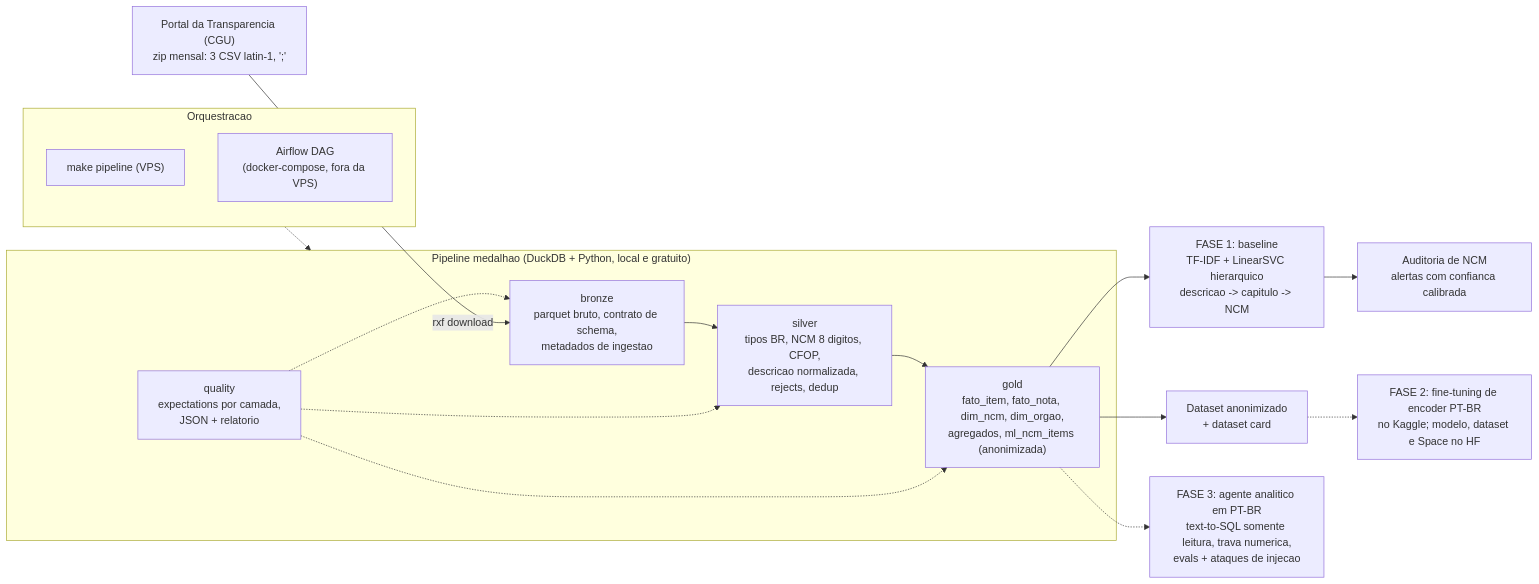
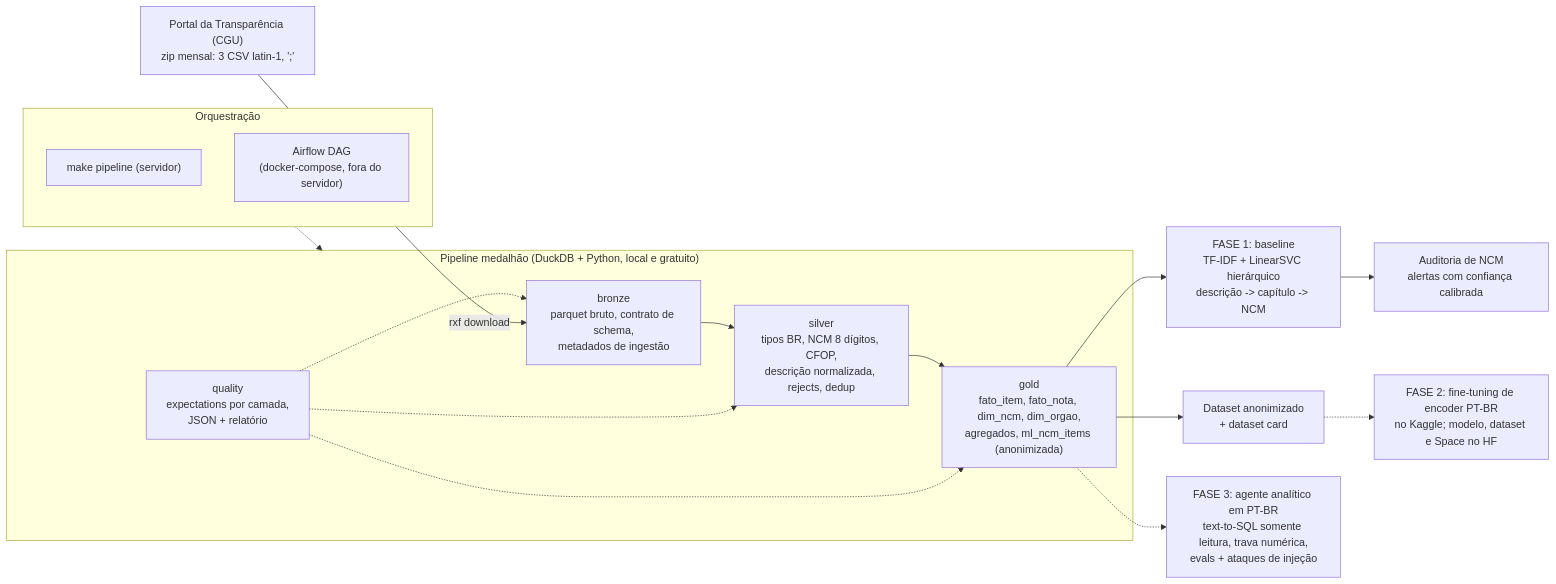
The diagram in README.md (Bueno-00/raio-x-fiscal), drawn with Mermaid before and after one commit. The commit also changed other lines of this file and 4 other files, not shown here.

````diff
--- a/README.md
+++ b/README.md
@@ -76,25 +64,25 @@
 ```mermaid
 flowchart LR
-  CGU["Portal da Transparencia (CGU)<br/>zip mensal: 3 CSV latin-1, ';'"]
-  subgraph med["Pipeline medalhao (DuckDB + Python, local e gratuito)"]
-    B["bronze<br/>parquet bruto, contrato de schema,<br/>metadados de ingestao"]
-    S["silver<br/>tipos BR, NCM 8 digitos, CFOP,<br/>descricao normalizada, rejects, dedup"]
+  CGU["Portal da Transparência (CGU)<br/>zip mensal: 3 CSV latin-1, ';'"]
+  subgraph med["Pipeline medalhão (DuckDB + Python, local e gratuito)"]
+    B["bronze<br/>parquet bruto, contrato de schema,<br/>metadados de ingestão"]
+    S["silver<br/>tipos BR, NCM 8 dígitos, CFOP,<br/>descrição normalizada, rejects, dedup"]
     G["gold<br/>fato_item, fato_nota, dim_ncm, dim_orgao,<br/>agregados, ml_ncm_items (anonimizada)"]
-    Q["quality<br/>expectations por camada,<br/>JSON + relatorio"]
+    Q["quality<br/>expectations por camada,<br/>JSON + relatório"]
     B --> S --> G
     Q -.-> B
     Q -.-> S
     Q -.-> G
   end
   CGU -->|"rxf download"| B
-  G --> ML["FASE 1: baseline<br/>TF-IDF + LinearSVC hierarquico<br/>descricao -> capitulo -> NCM"]
-  ML --> AUD["Auditoria de NCM<br/>alertas com confianca calibrada"]
+  G --> ML["FASE 1: baseline<br/>TF-IDF + LinearSVC hierárquico<br/>descrição -> capítulo -> NCM"]
+  ML --> AUD["Auditoria de NCM<br/>alertas com confiança calibrada"]
   G --> DS["Dataset anonimizado<br/>+ dataset card"]
   DS -.-> F2["FASE 2: fine-tuning de encoder PT-BR<br/>no Kaggle; modelo, dataset e Space no HF"]
-  G -.-> F3["FASE 3: agente analitico em PT-BR<br/>text-to-SQL somente leitura, trava numerica,<br/>evals + ataques de injecao"]
-  subgraph orq["Orquestracao"]
-    CLI["make pipeline (VPS)"]
-    AF["Airflow DAG<br/>(docker-compose, fora da VPS)"]
+  G -.-> F3["FASE 3: agente analítico em PT-BR<br/>text-to-SQL somente leitura, trava numérica,<br/>evals + ataques de injeção"]
+  subgraph orq["Orquestração"]
+    CLI["make pipeline (servidor)"]
+    AF["Airflow DAG<br/>(docker-compose, fora do servidor)"]
   end
   orq -.-> med
 ```
````
